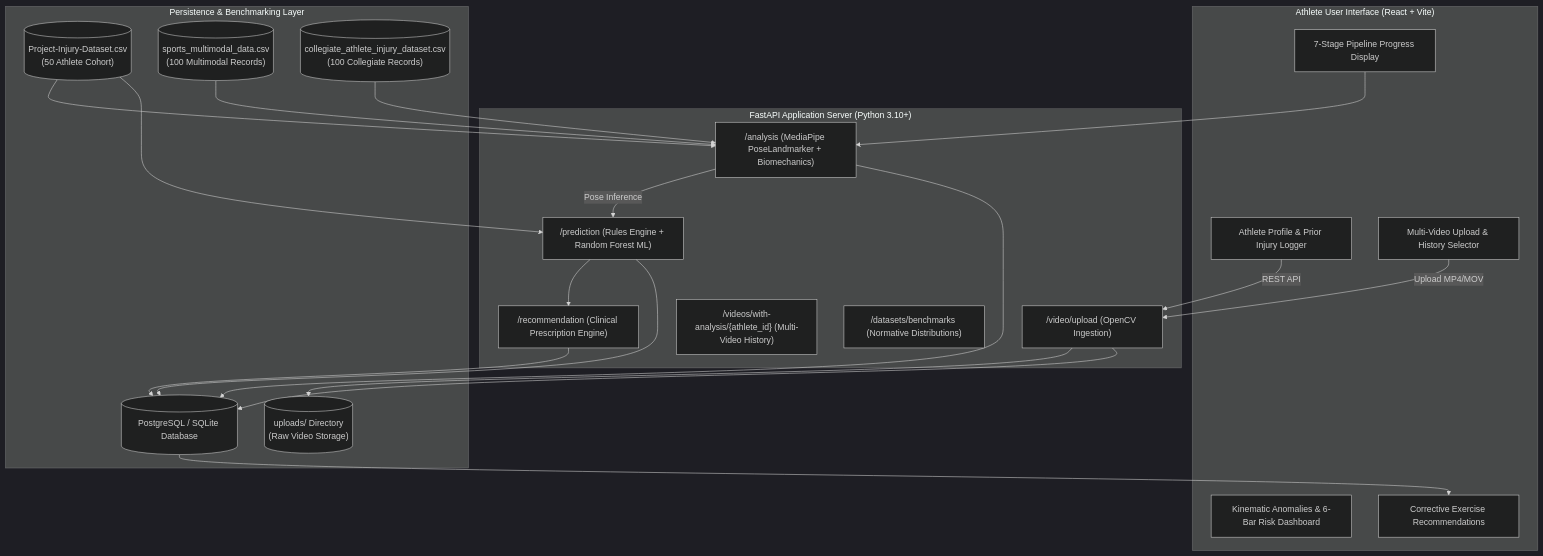
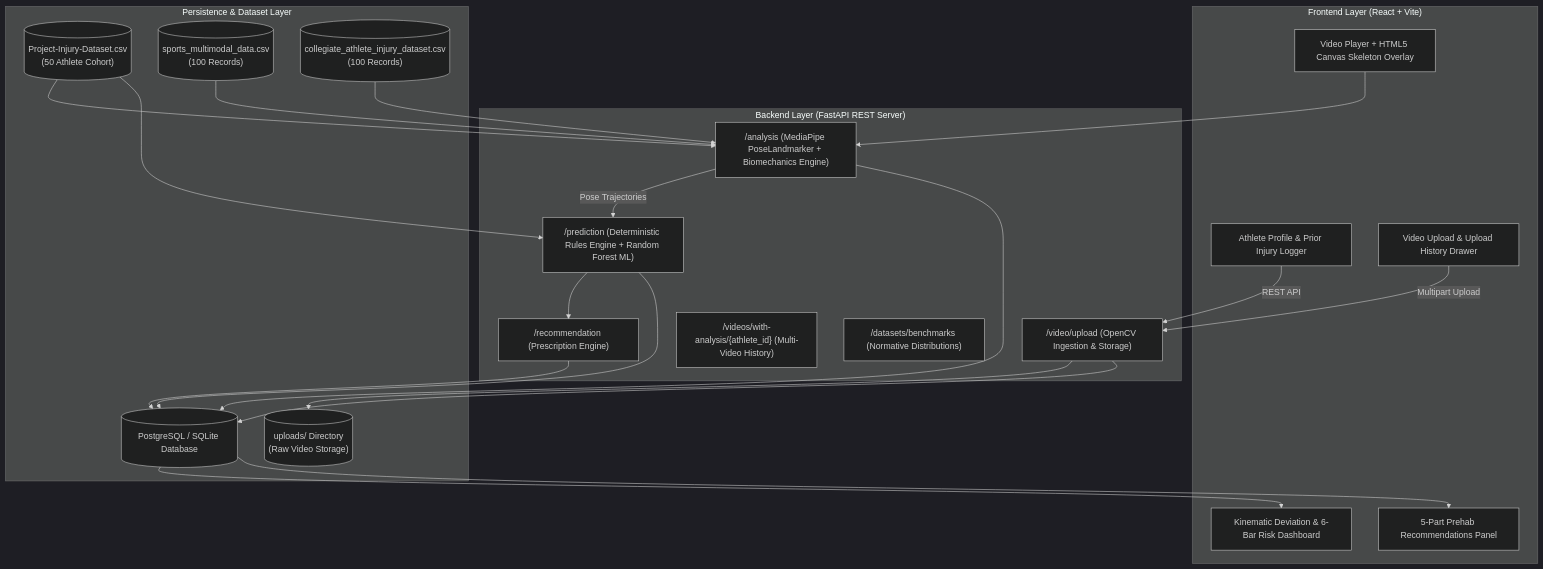
One commit to springboardmentor10529m/sports-injury-risk-detection changed the diagram in README.md. Above: the diagram before and after it, drawn with Mermaid (dark theme). The commit also changed other lines of this file and 7 other files, not shown here.

````diff
--- a/README.md
+++ b/README.md
@@ -30,39 +79,40 @@
 ```mermaid
 flowchart TD
-    subgraph Frontend["Athlete User Interface (React + Vite)"]
+    subgraph Frontend["Frontend Layer (React + Vite)"]
         UI1[Athlete Profile & Prior Injury Logger]
-        UI2[Multi-Video Upload & History Selector]
-        UI3[7-Stage Pipeline Progress Display]
-        UI4[Kinematic Anomalies & 6-Bar Risk Dashboard]
-        UI5[Corrective Exercise Recommendations]
+        UI2[Video Upload & Upload History Drawer]
+        UI3[Video Player + HTML5 Canvas Skeleton Overlay]
+        UI4[Kinematic Deviation & 6-Bar Risk Dashboard]
+        UI5[5-Part Prehab Recommendations Panel]
     end
 
-    subgraph Backend["FastAPI Application Server (Python 3.10+)"]
-        API1["/video/upload (OpenCV Ingestion)"]
-        API2["/analysis (MediaPipe PoseLandmarker + Biomechanics)"]
-        API3["/prediction (Rules Engine + Random Forest ML)"]
-        API4["/recommendation (Clinical Prescription Engine)"]
+    subgraph Backend["Backend Layer (FastAPI REST Server)"]
+        API1["/video/upload (OpenCV Ingestion & Storage)"]
+        API2["/analysis (MediaPipe PoseLandmarker + Biomechanics Engine)"]
+        API3["/prediction (Deterministic Rules Engine + Random Forest ML)"]
+        API4["/recommendation (Prescription Engine)"]
         API5["/videos/with-analysis/{athlete_id} (Multi-Video History)"]
         API6["/datasets/benchmarks (Normative Distributions)"]
     end
 
-    subgraph Storage["Persistence & Benchmarking Layer"]
+    subgraph Storage["Persistence & Dataset Layer"]
         DB[(PostgreSQL / SQLite Database)]
         DS1[("Project-Injury-Dataset.csv\n(50 Athlete Cohort)")]
-        DS2[("sports_multimodal_data.csv\n(100 Multimodal Records)")]
-        DS3[("collegiate_athlete_injury_dataset.csv\n(100 Collegiate Records)")]
+        DS2[("sports_multimodal_data.csv\n(100 Records)")]
+        DS3[("collegiate_athlete_injury_dataset.csv\n(100 Records)")]
         VID[("uploads/ Directory\n(Raw Video Storage)")]
     end
 
     UI1 -->|REST API| API1
-    UI2 -->|Upload MP4/MOV| API1
+    UI2 -->|Multipart Upload| API1
     API1 --> VID
     API1 --> DB
     UI3 --> API2
-    API2 -->|Pose Inference| API3
+    API2 -->|Pose Trajectories| API3
     API3 --> API4
     API2 & API3 & API4 --> DB
     DS1 & DS2 & DS3 --> API2
     DS1 --> API3
+    DB --> UI4
     DB --> UI5
 ```
````
